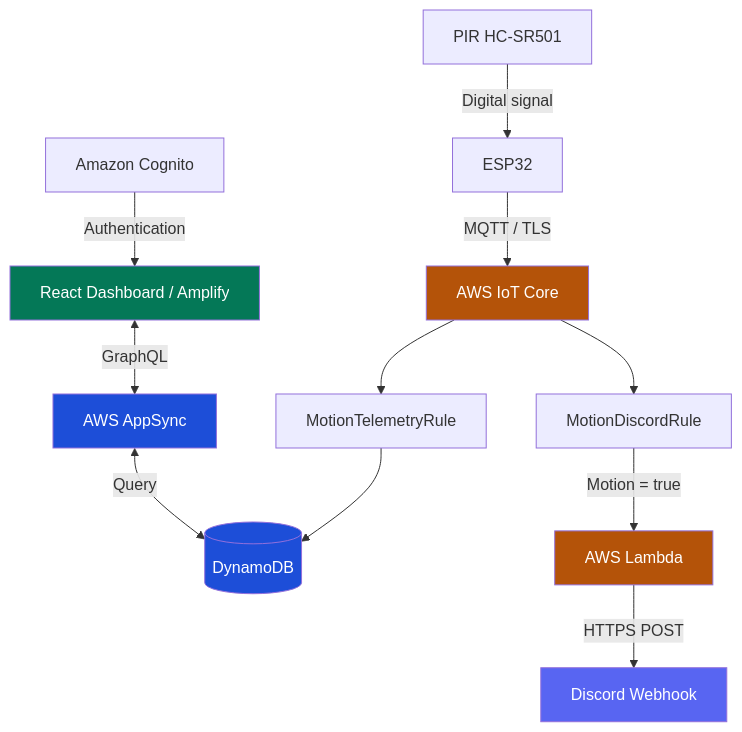
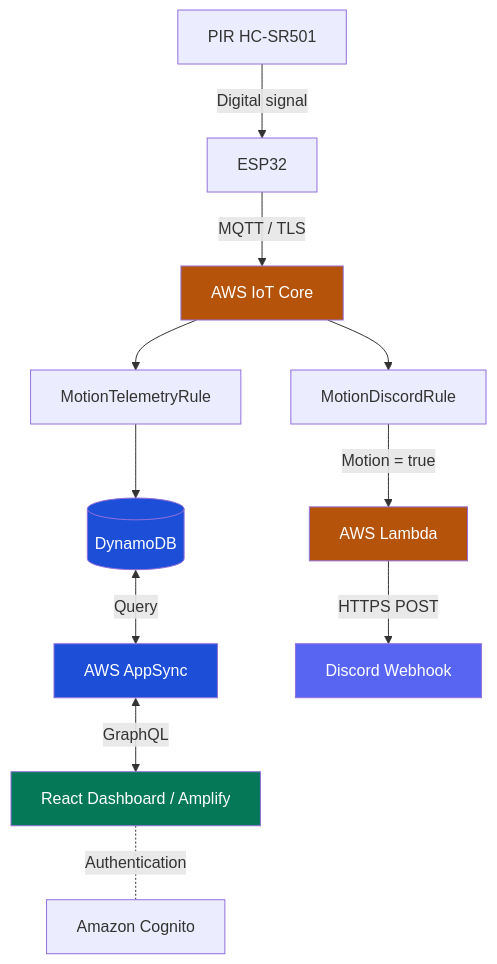
One commit to Nadir-sattar/amplify-vite-react-template changed the first of 2 diagrams in README.md. Above: the diagram before and after it, drawn with Mermaid.

Commit message:
Fix formatting in system architecture diagram

````diff
--- a/README.md
+++ b/README.md
@@ -20,20 +20,23 @@
 ```mermaid
 flowchart TD
-  PIR["PIR HC-SR501"] -->|Digital signal| ESP["ESP32"]
+    PIR["PIR HC-SR501"] -->|Digital signal| ESP["ESP32"]
     ESP -->|MQTT / TLS| IOT["AWS IoT Core"]
+
     IOT --> R1["MotionTelemetryRule"]
     IOT --> R2["MotionDiscordRule"]
+
     R1 --> DB[("DynamoDB")]
+    DB <-->|Query| API["AWS AppSync"]
+    API <-->|GraphQL| WEB["React Dashboard / Amplify"]
+    WEB -.-|Authentication| COGNITO["Amazon Cognito"]
+
     R2 -->|Motion = true| LAMBDA["AWS Lambda"]
     LAMBDA -->|HTTPS POST| DISCORD["Discord Webhook"]
-    API["AWS AppSync"] <-->|Query| DB
-    WEB["React Dashboard / Amplify"] <-->|GraphQL| API
-    COGNITO["Amazon Cognito"] -->|Authentication| WEB
 
     style IOT fill:#b45309,color:#fff
     style LAMBDA fill:#b45309,color:#fff
     style DB fill:#1d4ed8,color:#fff
     style API fill:#1d4ed8,color:#fff
     style DISCORD fill:#5865f2,color:#fff
     style WEB fill:#047857,color:#fff
 ```
````
